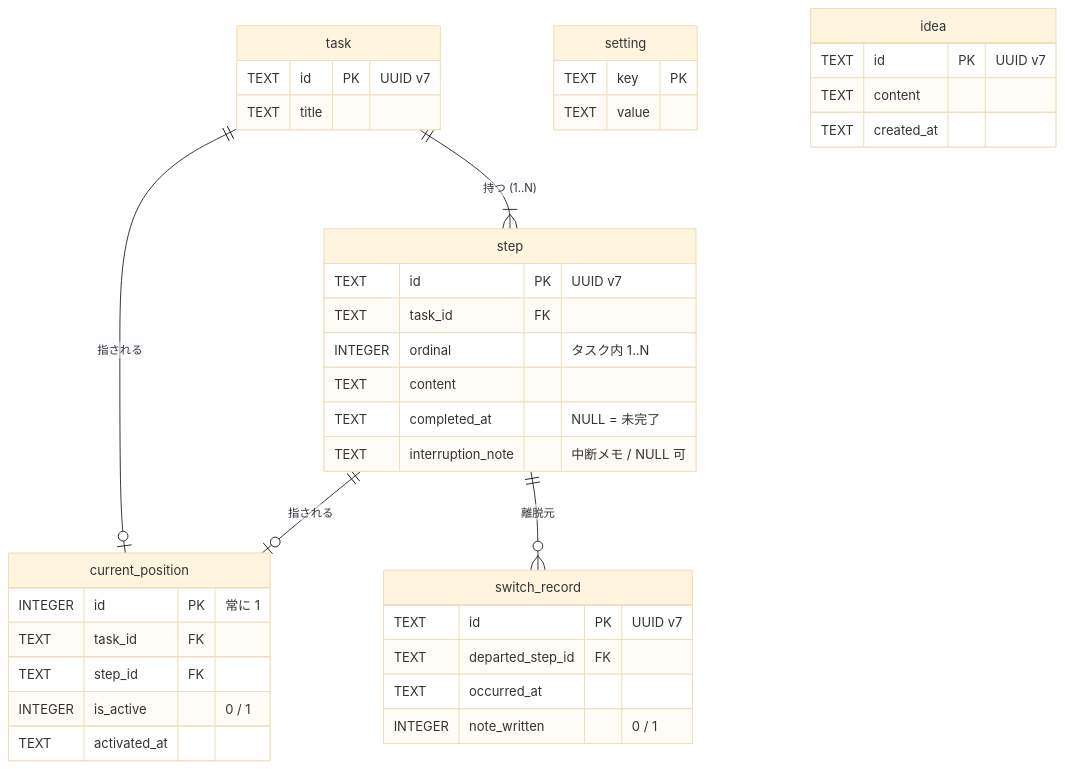
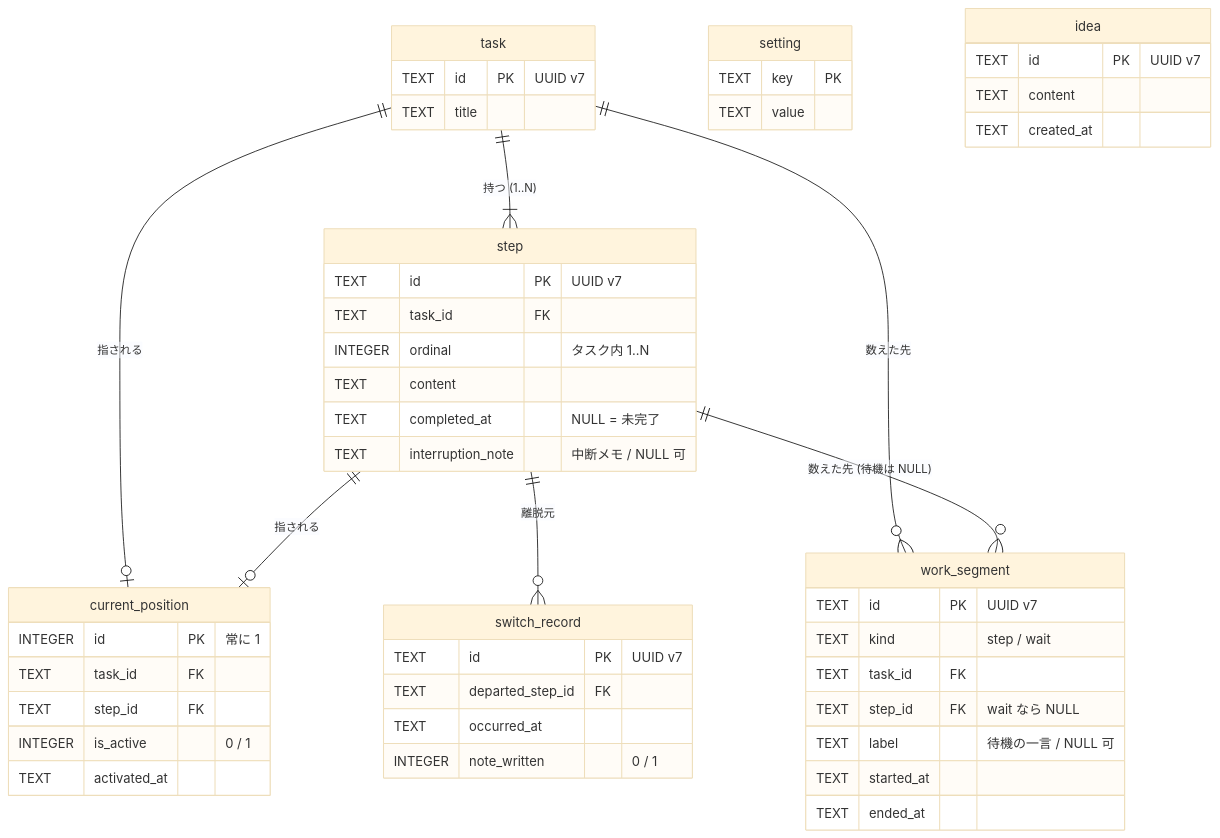
One commit to onzuka24/my-task-manager changed the diagram in docs/database.md. Above: the diagram before and after it, drawn with Mermaid (base theme). The commit also changed other lines of this file and 20 other files, not shown here.

````diff
--- a/docs/database.md
+++ b/docs/database.md
@@ -12,42 +12,53 @@
 ```mermaid
 erDiagram
     task ||--|{ step : "持つ (1..N)"
     task ||--o| current_position : "指される"
     step ||--o| current_position : "指される"
     step ||--o{ switch_record : "離脱元"
+    task ||--o{ work_segment : "数えた先"
+    step ||--o{ work_segment : "数えた先 (待機は NULL)"
 
     task {
         TEXT id PK "UUID v7"
         TEXT title
     }
     step {
         TEXT id PK "UUID v7"
         TEXT task_id FK
         INTEGER ordinal "タスク内 1..N"
         TEXT content
         TEXT completed_at "NULL = 未完了"
         TEXT interruption_note "中断メモ / NULL 可"
     }
     current_position {
         INTEGER id PK "常に 1"
         TEXT task_id FK
         TEXT step_id FK
         INTEGER is_active "0 / 1"
         TEXT activated_at
     }
     switch_record {
         TEXT id PK "UUID v7"
         TEXT departed_step_id FK
         TEXT occurred_at
         INTEGER note_written "0 / 1"
     }
     setting {
         TEXT key PK
         TEXT value
     }
     idea {
         TEXT id PK "UUID v7"
         TEXT content
         TEXT created_at
     }
+    work_segment {
+        TEXT id PK "UUID v7"
+        TEXT kind "step / wait"
+        TEXT task_id FK
+        TEXT step_id FK "wait なら NULL"
+        TEXT label "待機の一言 / NULL 可"
+        TEXT started_at
+        TEXT ended_at
+    }
 ```
````
